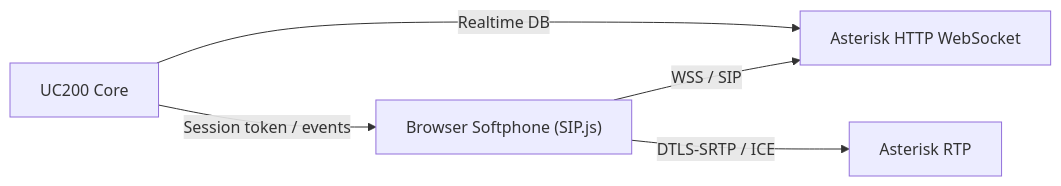
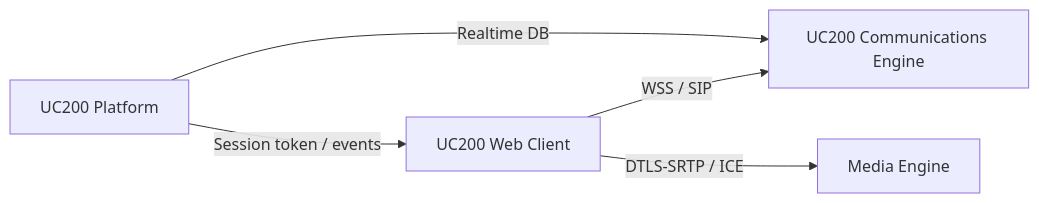
One commit to gsitemx/uc200-core changed the diagram in docs/webrtc.md. Above: the diagram before and after it, drawn with Mermaid. The commit also changed other lines of this file and 487 other files, not shown here.

````diff
--- a/docs/webrtc.md
+++ b/docs/webrtc.md
@@ -7,7 +7,7 @@
 ```mermaid
 flowchart LR
-    Browser["Browser Softphone (SIP.js)"] -->|"WSS / SIP"| Asterisk["Asterisk HTTP WebSocket"]
-    Browser -->|"DTLS-SRTP / ICE"| RTP["Asterisk RTP"]
-    UC200["UC200 Core"] -->|"Realtime DB"| Asterisk
+    Browser["UC200 Web Client"] -->|"WSS / SIP"| Engine["UC200 Communications Engine"]
+    Browser -->|"DTLS-SRTP / ICE"| Media["Media Engine"]
+    UC200["UC200 Platform"] -->|"Realtime DB"| Engine
     UC200 -->|"Session token / events"| Browser
 ```
````
